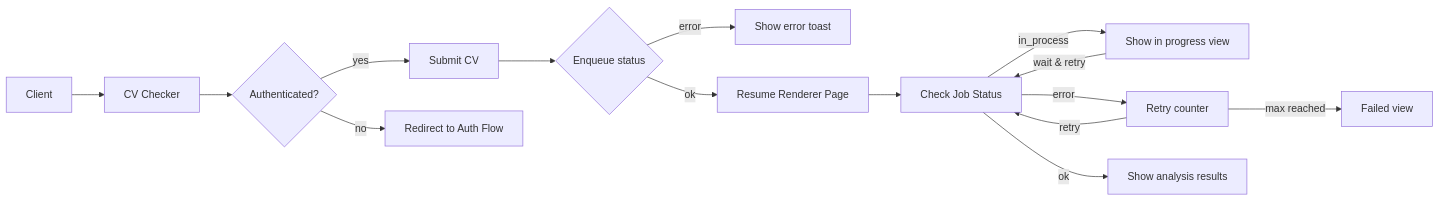
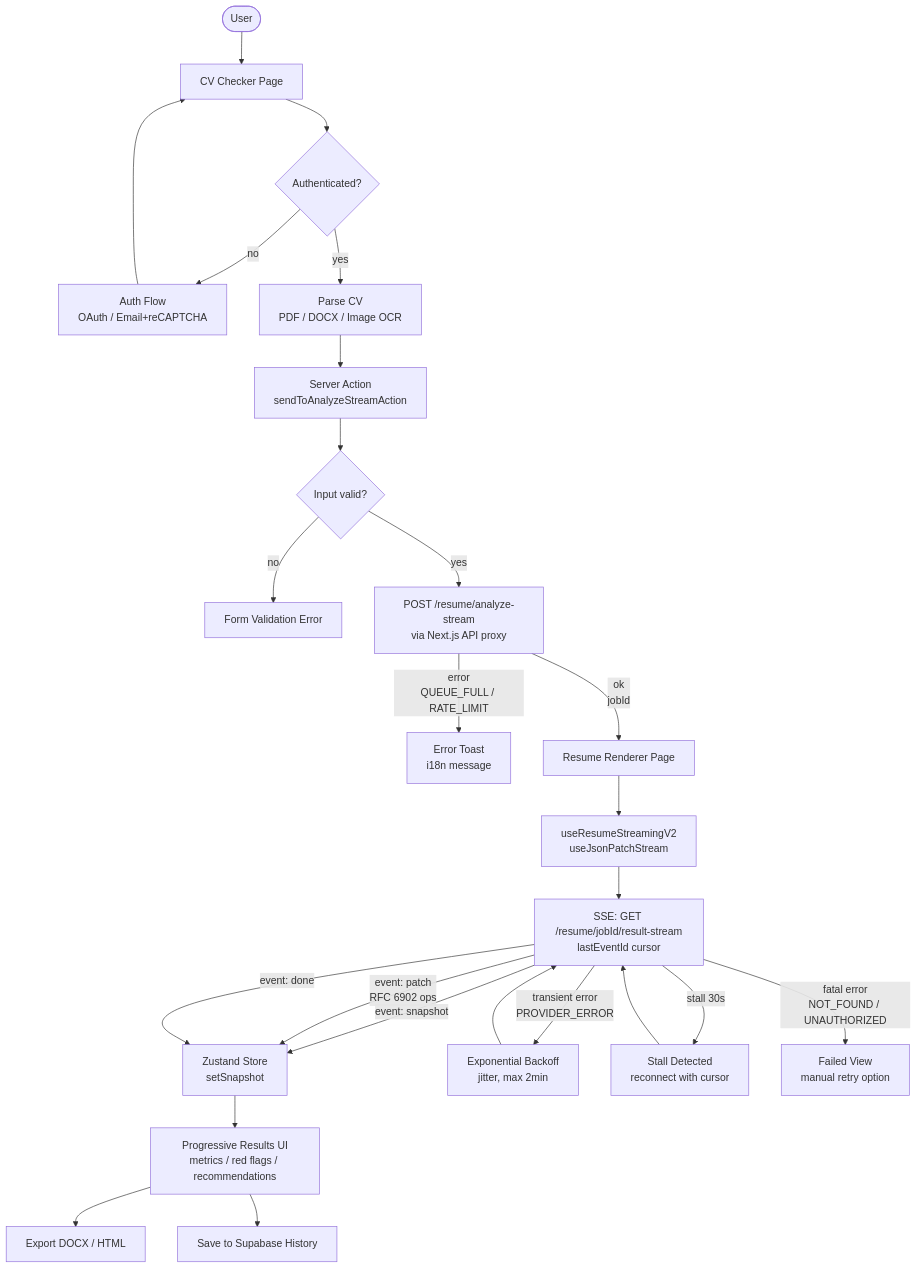
Before and after one commit to DmitriyMuliak/z1mak-cv: the diagram in README.md, drawn with Mermaid. The commit also changed other lines of this file, not shown here.

````diff
--- a/README.md
+++ b/README.md
@@ -18,24 +19,38 @@
 ```mermaid
-flowchart LR
-    Client --> CV[CV Checker]
-    CV --> Auth{Authenticated?}
-    Auth -- yes --> Submit[Submit CV]
-    Auth -- no --> AuthFlow[Redirect to Auth Flow]
+flowchart TD
+    User([User]) --> Checker[CV Checker Page]
 
-    Submit --> Enqueue{Enqueue status}
-    Enqueue -- error --> Toast[Show error toast]
+    Checker --> Auth{Authenticated?}
+    Auth -- no --> AuthFlow[Auth Flow\nOAuth / Email+reCAPTCHA]
+    AuthFlow --> Checker
 
-    Enqueue -- ok --> Renderer[Resume Renderer Page]
-    Renderer --> Status[Check Job Status]
+    Auth -- yes --> Parse[Parse CV\nPDF / DOCX / Image OCR]
+    Parse --> ServerAction[Server Action\nsendToAnalyzeStreamAction]
+    ServerAction --> Validate{Input valid?}
+    Validate -- no --> FormError[Form Validation Error]
+    Validate -- yes --> Enqueue[POST /resume/analyze-stream\nvia Next.js API proxy]
 
-    %% Status polling
-    Status -- in_process --> Progress[Show in progress view]
-    Progress -- wait & retry --> Status
+    Enqueue -- error\nQUEUE_FULL / RATE_LIMIT --> Toast[Error Toast\ni18n message]
+    Enqueue -- ok\njobId --> StreamPage[Resume Renderer Page]
 
-    Status -- error --> Retry[Retry counter]
-    Retry -- max reached --> FailedView[Failed view]
-    Retry -- retry --> Status
+    StreamPage --> StreamHook[useResumeStreamingV2\nuseJsonPatchStream]
 
-    Status -- ok --> Results[Show analysis results]
+    StreamHook --> SSE[SSE: GET /resume/jobId/result-stream\nlastEventId cursor]
 
+    SSE -- event: snapshot --> Zustand[Zustand Store\nsetSnapshot]
+    SSE -- event: patch\nRFC 6902 ops --> Zustand
+    SSE -- event: done --> Zustand
+
+    Zustand --> Results[Progressive Results UI\nmetrics / red flags / recommendations]
+
+    SSE -- transient error\nPROVIDER_ERROR --> Backoff[Exponential Backoff\njitter, max 2min]
+    Backoff --> SSE
+
+    SSE -- stall 30s --> Reconnect[Stall Detected\nreconnect with cursor]
+    Reconnect --> SSE
+
+    SSE -- fatal error\nNOT_FOUND / UNAUTHORIZED --> FailedView[Failed View\nmanual retry option]
+
+    Results --> Export[Export DOCX / HTML]
+    Results --> History[Save to Supabase History]
 ```
````
